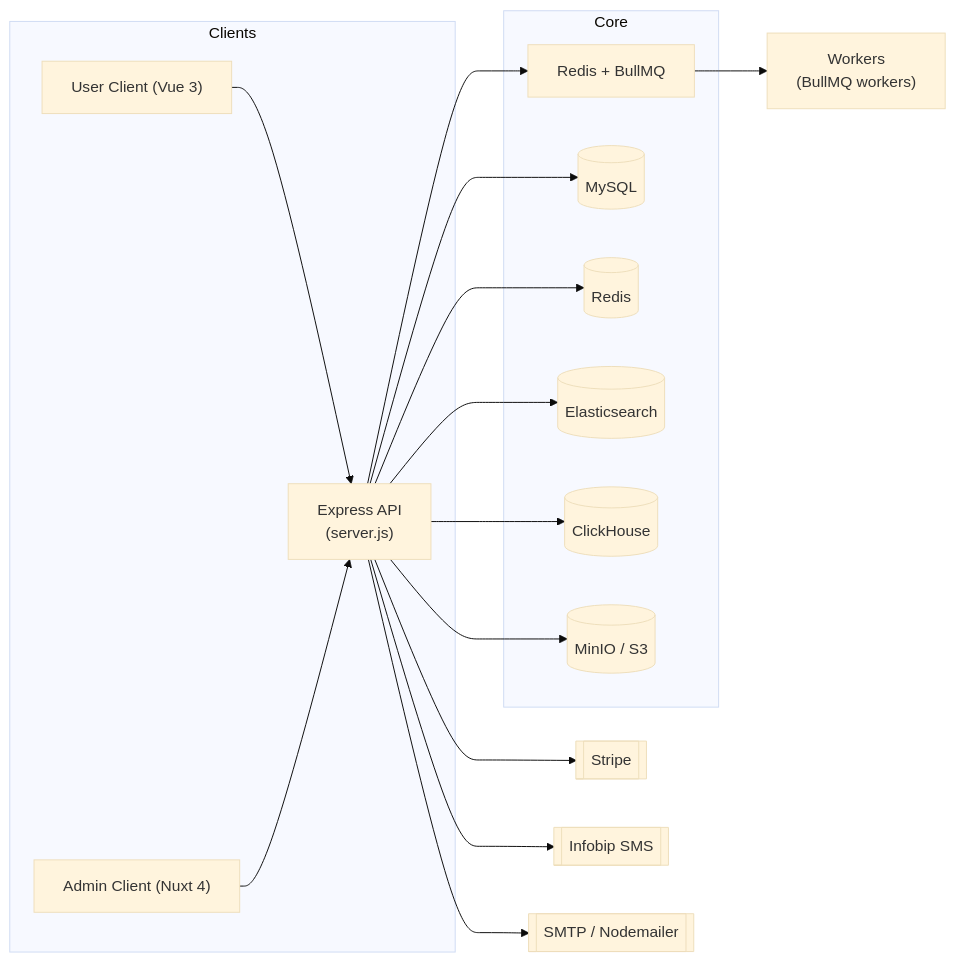
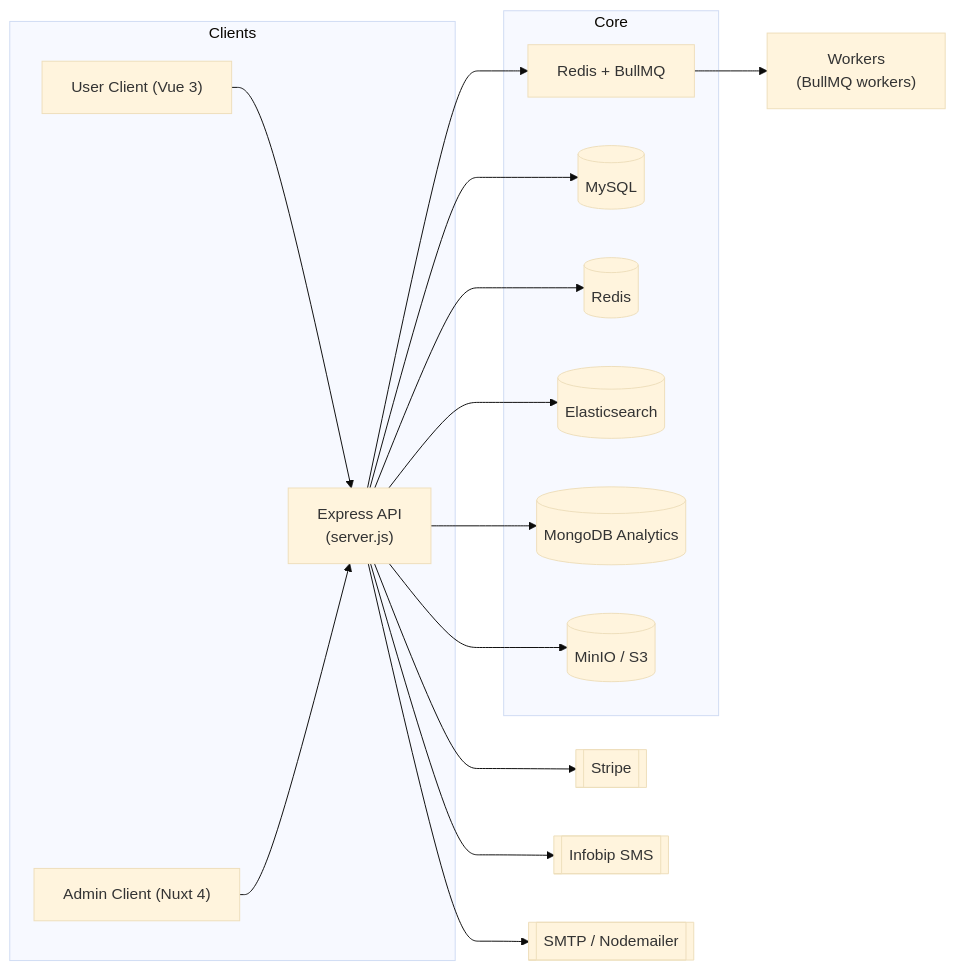
The diagram in server/README.md (bk-leducphuong/TravelNest-Hotel_Booking_System), drawn with Mermaid (base theme) before and after one commit. The commit also changed other lines of this file and 38 other files, not shown here.

````diff
--- a/server/README.md
+++ b/server/README.md
@@ -33,22 +33,22 @@
 ```mermaid
 flowchart LR
   subgraph Clients
     UC["User Client (Vue 3)"] --> API
     AC["Admin Client (Nuxt 4)"] --> API
   end
 
   subgraph Core
     API["Express API\n(server.js)"] --> MQ["Redis + BullMQ"]
     API --> DB[(MySQL)]
     API --> RDS[(Redis)]
     API --> ES[(Elasticsearch)]
-    API --> CH[(ClickHouse)]
+    API --> MDB[(MongoDB Analytics)]
     API --> MINIO[(MinIO / S3)]
   end
 
   MQ --> W["Workers\n(BullMQ workers)"]
 
   API --> STRIPE[[Stripe]]
   API --> SMS[[Infobip SMS]]
   API --> MAIL[[SMTP / Nodemailer]] 
 ```
````
